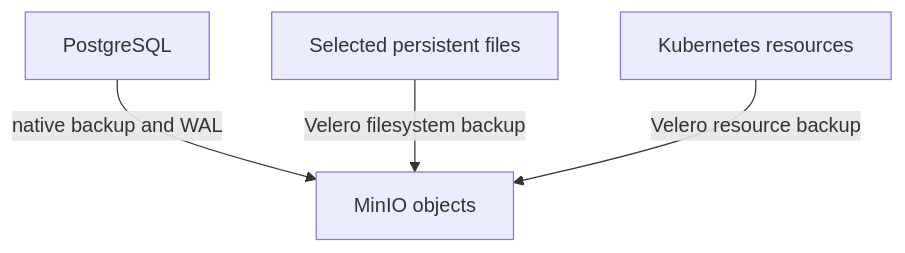
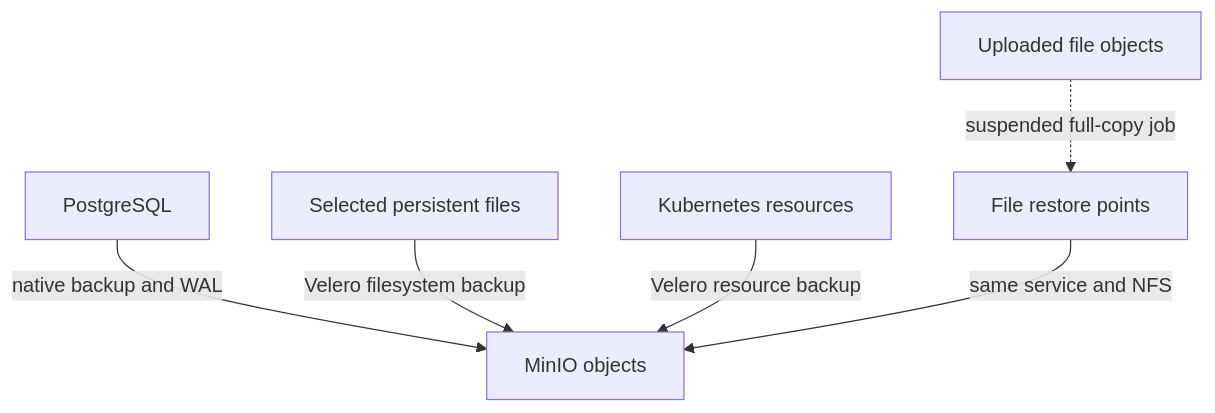
One commit to vityasyyy/invenio-rdm-gitops changed diagram 13 of 19 in docs/architecture-guide.md. Above: the diagram before and after it, drawn with Mermaid. The commit also changed other lines of this file and 5 other files, not shown here.

````diff
--- a/docs/architecture-guide.md
+++ b/docs/architecture-guide.md
@@ -508,6 +506,8 @@
 ```mermaid
 flowchart TD
     PG[PostgreSQL] -->|native backup and WAL| MinIO[MinIO objects]
     Files[Selected persistent files] -->|Velero filesystem backup| MinIO
     API[Kubernetes resources] -->|Velero resource backup| MinIO
+    Uploads[Uploaded file objects] -.->|suspended full-copy job| Points[File restore points]
+    Points -->|same service and NFS| MinIO
 ```
````
